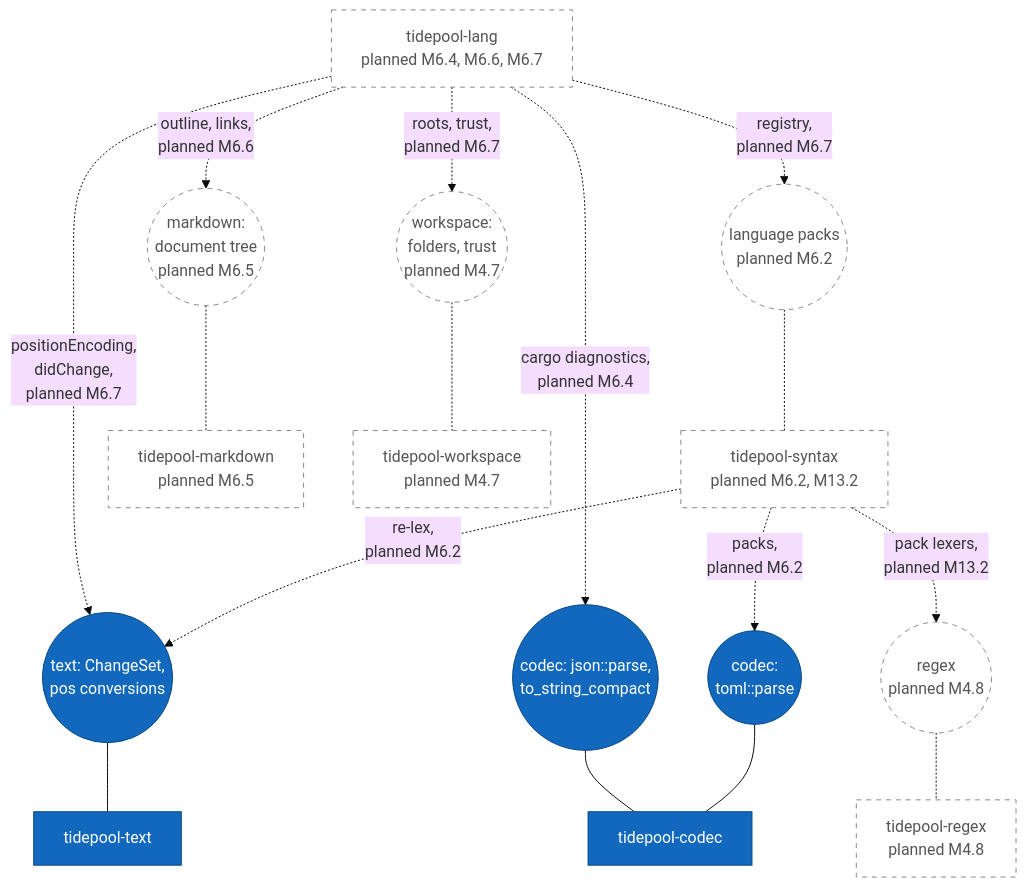
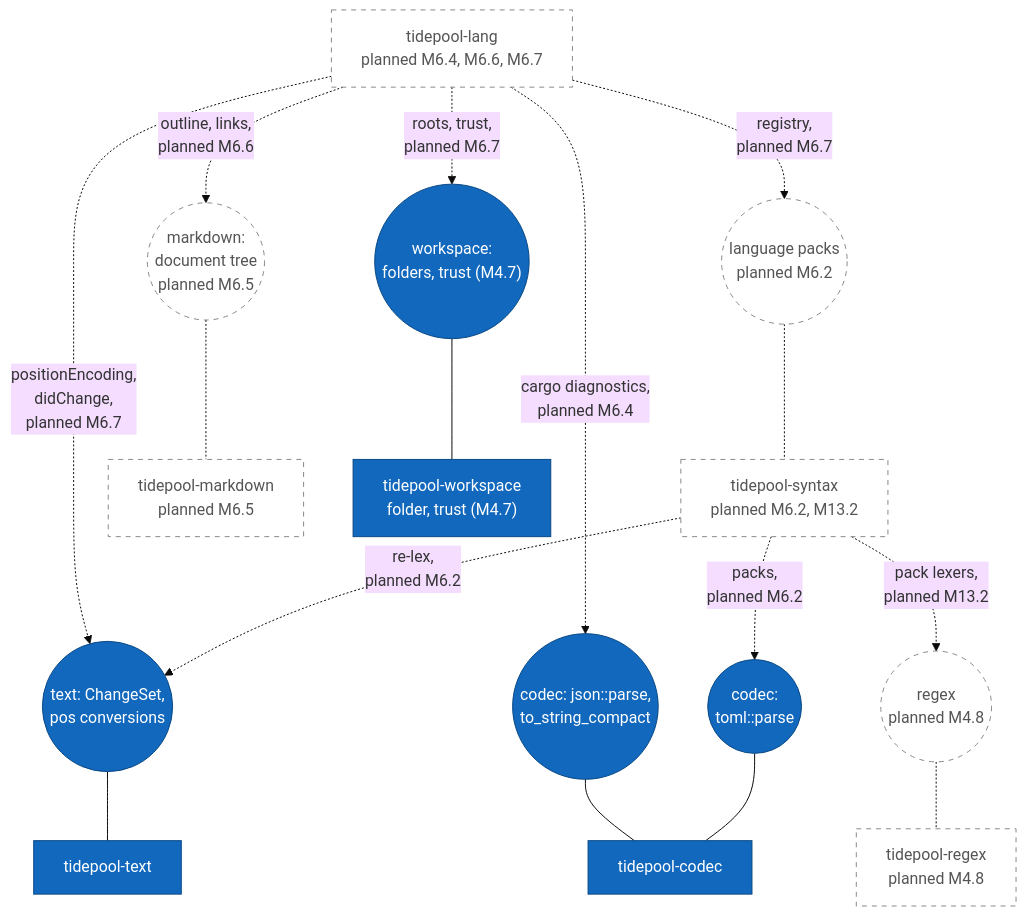
Diagram 14 of 21 in diagrams/component-diagrams.md (jabbott-iii/Tidepool), drawn with Mermaid (base theme) before and after one commit. The commit also changed other lines of this file and 54 other files, not shown here.

First line of the commit message:
feat(workspace,app): folders, ignore files, trust and settings (M4.7)

````diff
--- a/diagrams/component-diagrams.md
+++ b/diagrams/component-diagrams.md
@@ -875,42 +879,42 @@
 ```mermaid
 flowchart TB
     c_lang["tidepool-lang<br/>planned M6.4, M6.6, M6.7"]
     c_syntax["tidepool-syntax<br/>planned M6.2, M13.2"]
 
     i_pack(("language packs<br/>planned M6.2"))
     i_mdtree(("markdown:<br/>document tree<br/>planned M6.5"))
-    i_ws(("workspace:<br/>folders, trust<br/>planned M4.7"))
+    i_ws(("workspace:<br/>folders, trust (M4.7)"))
     i_textapi(("text: ChangeSet,<br/>pos conversions"))
     i_json(("codec: json::parse,<br/>to_string_compact"))
     i_tparse(("codec:<br/>toml::parse"))
     i_regex(("regex<br/>planned M4.8"))
 
     c_markdown["tidepool-markdown<br/>planned M6.5"]
-    c_workspace["tidepool-workspace<br/>planned M4.7"]
+    c_workspace["tidepool-workspace<br/>folder, trust (M4.7)"]
     c_text["tidepool-text"]
     c_codec["tidepool-codec"]
     c_regex["tidepool-regex<br/>planned M4.8"]
 
     c_lang -.->|"registry,<br/>planned M6.7"| i_pack
     c_lang -.->|"outline, links,<br/>planned M6.6"| i_mdtree
     c_lang -.->|"roots, trust,<br/>planned M6.7"| i_ws
     c_lang -.->|"positionEncoding,<br/>didChange,<br/>planned M6.7"| i_textapi
     c_lang -.->|"cargo diagnostics,<br/>planned M6.4"| i_json
     i_pack -.- c_syntax
     c_syntax -.->|"re-lex,<br/>planned M6.2"| i_textapi
     c_syntax -.->|"packs,<br/>planned M6.2"| i_tparse
     c_syntax -.->|"pack lexers,<br/>planned M13.2"| i_regex
 
     i_mdtree -.- c_markdown
-    i_ws -.- c_workspace
+    i_ws --- c_workspace
     i_textapi --- c_text
     i_json --- c_codec
     i_tparse --- c_codec
     i_regex -.- c_regex
 
     classDef built fill:#1168bd,stroke:#0b4884,color:#ffffff
     classDef planned fill:#ffffff,stroke:#888888,stroke-dasharray: 5 5,color:#555555
-    class c_text,c_codec,i_textapi,i_json,i_tparse built
-    class c_lang,c_syntax,c_markdown,c_workspace,c_regex planned
-    class i_pack,i_mdtree,i_ws,i_regex planned
+    class c_text,c_codec,c_workspace,i_textapi,i_json,i_tparse,i_ws built
+    class c_lang,c_syntax,c_markdown,c_regex planned
+    class i_pack,i_mdtree,i_regex planned
 ```
````
